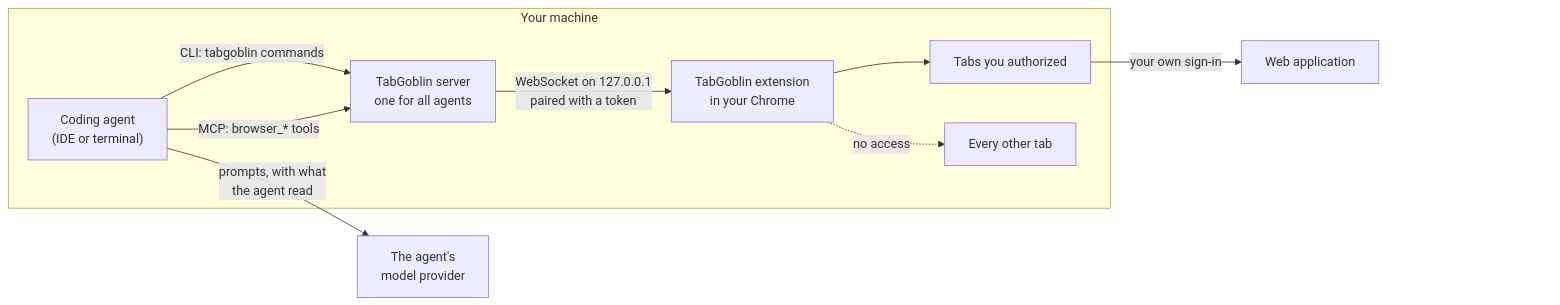
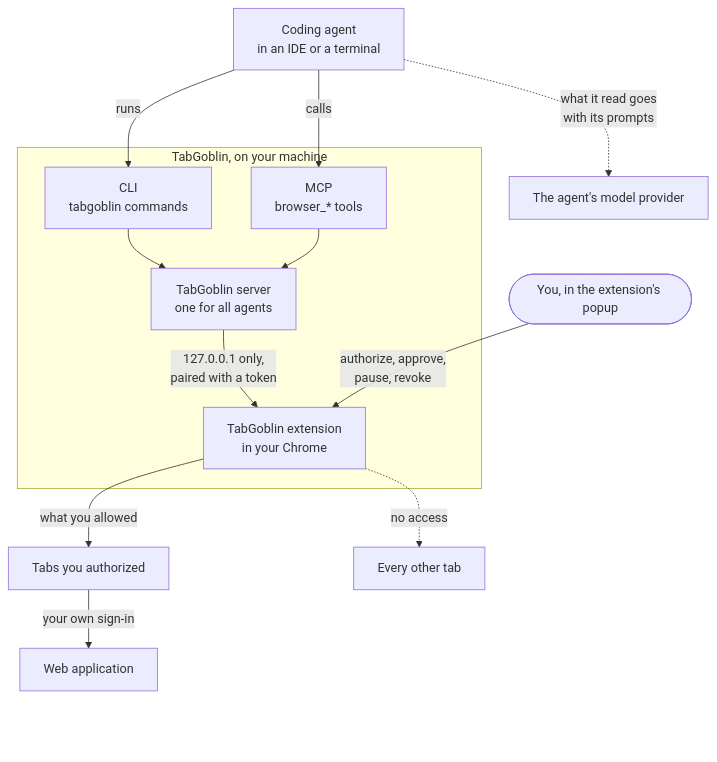
Before and after one commit to LaughingManCommits/TabGoblin: the diagram in README.md, drawn with Mermaid. The commit also changed 7 other files, not shown here.

First line of the commit message:
The diagrams redrawn: one concept each, the same names, CLI and MCP side by side

````diff
--- a/README.md
+++ b/README.md
@@ -80,17 +80,29 @@
 ```mermaid
-flowchart LR
-  subgraph local["Your machine"]
-    AGENT["Coding agent<br/>(IDE or terminal)"]
-    AGENT -- "CLI: tabgoblin commands" --> SERVER["TabGoblin server<br/>one for all agents"]
-    AGENT -- "MCP: browser_* tools" --> SERVER
-    SERVER -- "WebSocket on 127.0.0.1<br/>paired with a token" --> EXT["TabGoblin extension<br/>in your Chrome"]
-    EXT --> TAB["Tabs you authorized"]
-    EXT -. "no access" .-> OTHER["Every other tab"]
+flowchart TB
+  AGENT["Coding agent<br/>in an IDE or a terminal"]
+  YOU(["You, in the extension's popup"])
+  subgraph tg["TabGoblin, on your machine"]
+    CLI["CLI<br/>tabgoblin commands"]
+    MCP["MCP<br/>browser_* tools"]
+    SERVER["TabGoblin server<br/>one for all agents"]
+    EXT["TabGoblin extension<br/>in your Chrome"]
   end
-  AGENT -- "prompts, with what<br/>the agent read" --> MODEL["The agent's<br/>model provider"]
-  TAB -- "your own sign-in" --> APP["Web application"]
-  %% Empty places at the right edge: GitHub lays its zoom buttons over the bottom right corner.
-  APP ~~~ ROOM1[" "] ~~~ ROOM2[" "]
-  style ROOM1 fill:none,stroke:none
-  style ROOM2 fill:none,stroke:none
+  TAB["Tabs you authorized"]
+  OTHER["Every other tab"]
+  APP["Web application"]
+  MODEL["The agent's model provider"]
+
+  AGENT -- "runs" --> CLI
+  AGENT -- "calls" --> MCP
+  CLI --> SERVER
+  MCP --> SERVER
+  SERVER -- "127.0.0.1 only,<br/>paired with a token" --> EXT
+  YOU -- "authorize, approve,<br/>pause, revoke" --> EXT
+  EXT -- "what you allowed" --> TAB
+  EXT -. "no access" .-> OTHER
+  TAB -- "your own sign-in" --> APP
+  AGENT -. "what it read goes<br/>with its prompts" .-> MODEL
+  %% An empty place below: GitHub lays its zoom buttons over the bottom right corner.
+  APP ~~~ ROOM[" "]
+  style ROOM fill:none,stroke:none
 ```
````
